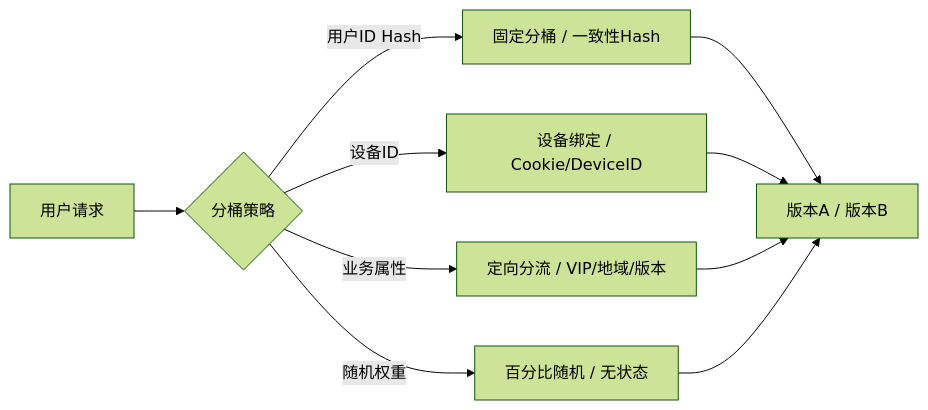
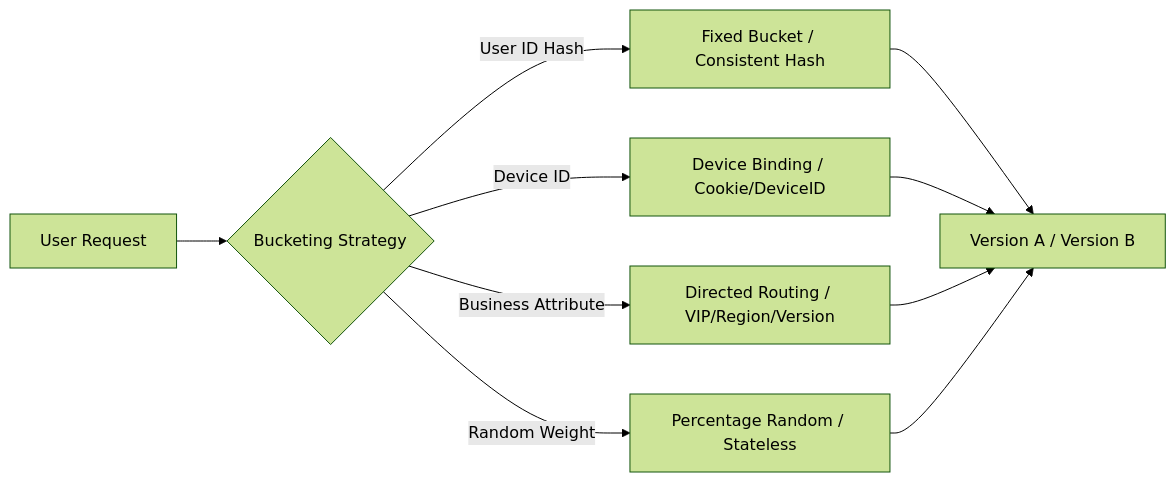
The third of 9 diagrams in templates/产品/交付层/【模板】灰度方案.md (Kirky-X/cangjie), drawn with Mermaid (forest theme) before and after one commit. The commit also changed other lines of this file and 46 other files, not shown here.

````diff
--- a/templates/产品/交付层/【模板】灰度方案.md
+++ b/templates/产品/交付层/【模板】灰度方案.md
@@ -138,13 +138,13 @@
 ```mermaid
 flowchart LR
-    A[用户请求] --> B{分桶策略}
-    B -->|用户ID Hash| C[固定分桶 / 一致性Hash]
-    B -->|设备ID| D[设备绑定 / Cookie/DeviceID]
-    B -->|业务属性| E[定向分流 / VIP/地域/版本]
-    B -->|随机权重| F[百分比随机 / 无状态]
+    A[User Request] --> B{Bucketing Strategy}
+    B -->|User ID Hash| C[Fixed Bucket / Consistent Hash]
+    B -->|Device ID| D[Device Binding / Cookie/DeviceID]
+    B -->|Business Attribute| E[Directed Routing / VIP/Region/Version]
+    B -->|Random Weight| F[Percentage Random / Stateless]
 
-    C --> G[版本A / 版本B]
+    C --> G[Version A / Version B]
     D --> G
     E --> G
     F --> G
 ```
````
